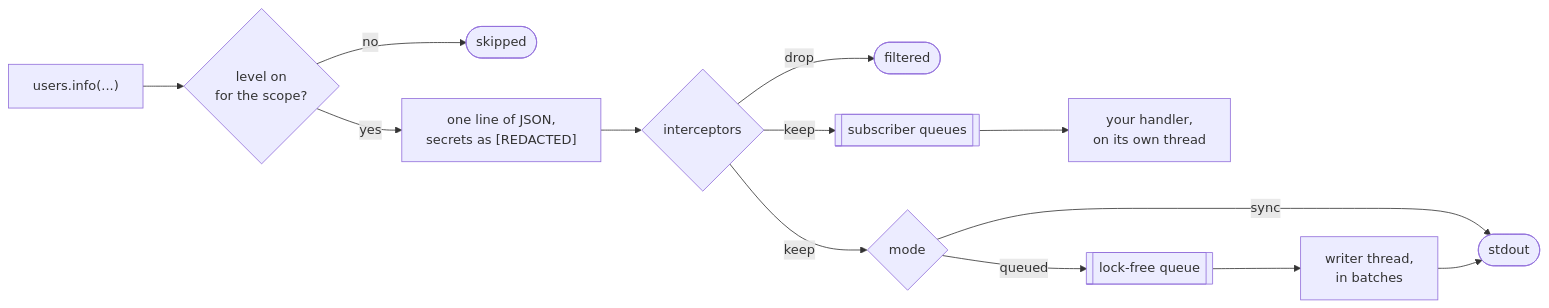
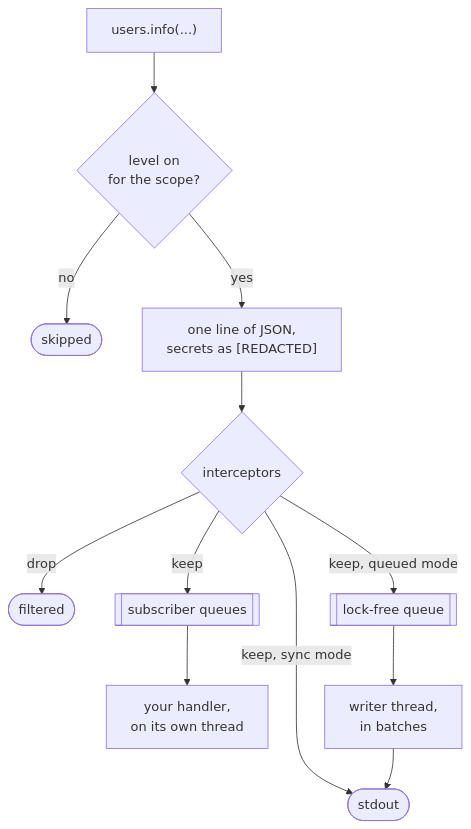
The first of 7 diagrams in src/log/examples/README.md (vkiryakov/zefir), drawn with Mermaid before and after one commit.

Commit message:
Draw the record's path top down so the diagram stays readable

````diff
--- a/src/log/examples/README.md
+++ b/src/log/examples/README.md
@@ -64,15 +64,14 @@
 ```mermaid
-flowchart LR
+flowchart TD
     call["users.info(...)"] --> level{"level on<br/>for the scope?"}
     level -->|no| skipped(["skipped"])
     level -->|yes| encode["one line of JSON,<br/>secrets as [REDACTED]"]
     encode --> hooks{"interceptors"}
     hooks -->|drop| filtered(["filtered"])
     hooks -->|keep| subs[["subscriber queues"]]
+    hooks -->|keep, sync mode| stdout(["stdout"])
+    hooks -->|keep, queued mode| queue[["lock-free queue"]]
     subs --> handler["your handler,<br/>on its own thread"]
-    hooks -->|keep| mode{"mode"}
-    mode -->|sync| stdout(["stdout"])
-    mode -->|queued| queue[["lock-free queue"]]
     queue --> writer["writer thread,<br/>in batches"]
     writer --> stdout
 ```
````
